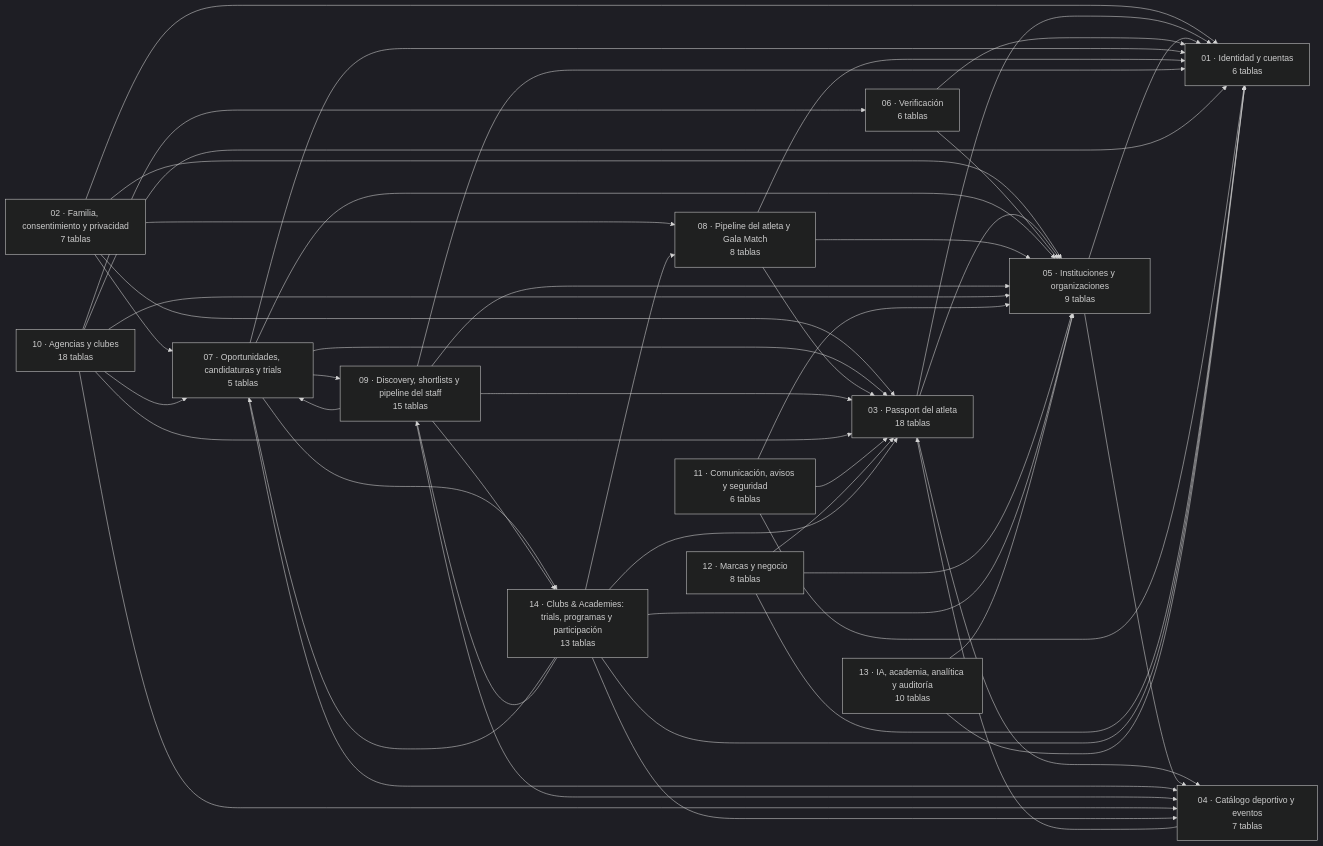
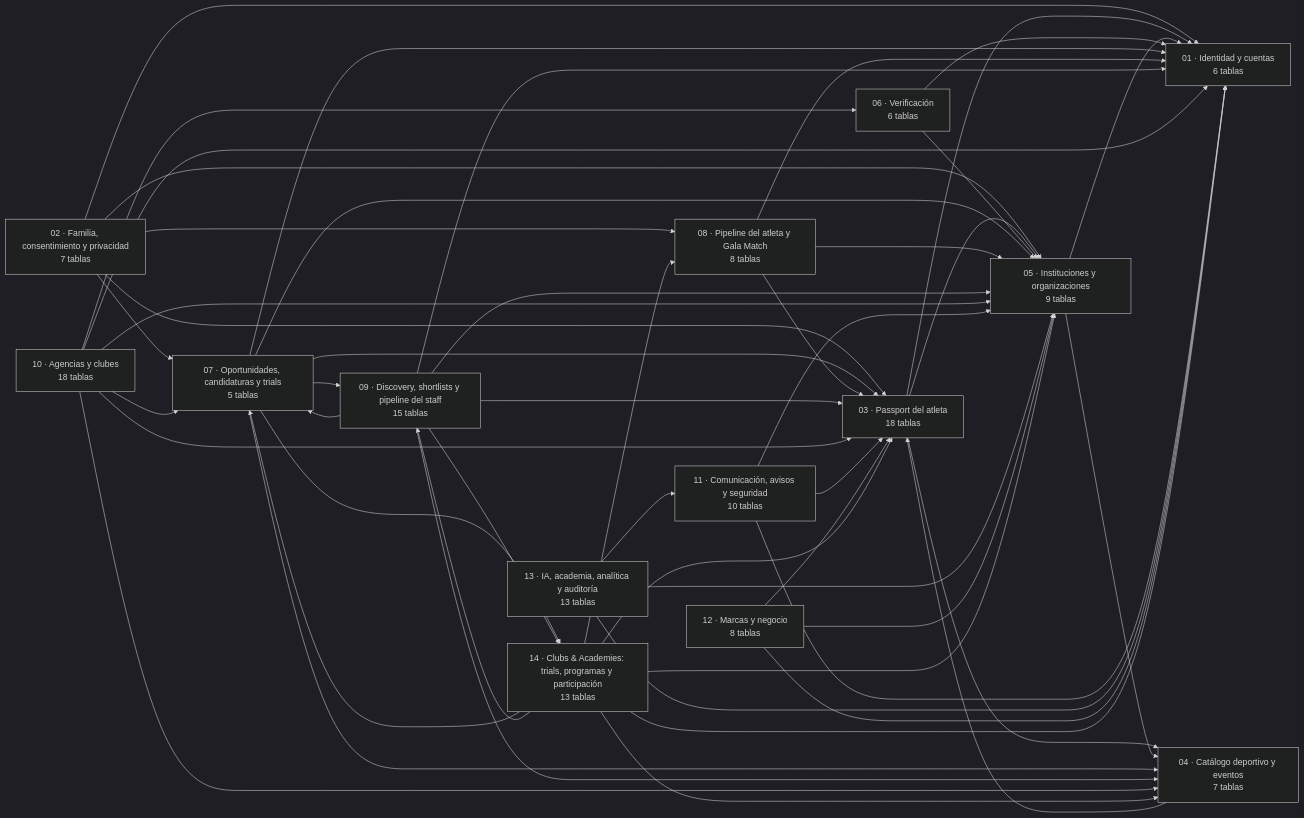
The first of 2 diagrams in docs/erd/00-MASTER.md (Galacamarena9/THE-GALA-ALLIANCE), drawn with Mermaid (dark theme) before and after one commit. The commit also changed other lines of this file and 15 other files, not shown here.

````diff
--- a/docs/erd/00-MASTER.md
+++ b/docs/erd/00-MASTER.md
@@ -13,66 +13,67 @@
 ```mermaid
 flowchart LR
   D01["01 · Identidad y cuentas<br>6 tablas"]
   D02["02 · Familia, consentimiento y privacidad<br>7 tablas"]
   D03["03 · Passport del atleta<br>18 tablas"]
   D04["04 · Catálogo deportivo y eventos<br>7 tablas"]
   D05["05 · Instituciones y organizaciones<br>9 tablas"]
   D06["06 · Verificación<br>6 tablas"]
   D07["07 · Oportunidades, candidaturas y trials<br>5 tablas"]
   D08["08 · Pipeline del atleta y Gala Match<br>8 tablas"]
   D09["09 · Discovery, shortlists y pipeline del staff<br>15 tablas"]
   D10["10 · Agencias y clubes<br>18 tablas"]
-  D11["11 · Comunicación, avisos y seguridad<br>6 tablas"]
+  D11["11 · Comunicación, avisos y seguridad<br>10 tablas"]
   D12["12 · Marcas y negocio<br>8 tablas"]
-  D13["13 · IA, academia, analítica y auditoría<br>10 tablas"]
+  D13["13 · IA, academia, analítica y auditoría<br>13 tablas"]
   D14["14 · Clubs & Academies: trials, programas y participación<br>13 tablas"]
   D02 --> D01
   D02 --> D03
   D02 --> D05
   D02 --> D07
   D02 --> D08
   D03 --> D01
   D03 --> D04
   D03 --> D05
   D04 --> D03
   D05 --> D01
   D05 --> D04
   D06 --> D01
   D06 --> D05
   D07 --> D01
   D07 --> D03
   D07 --> D04
   D07 --> D05
   D07 --> D09
   D07 --> D14
   D08 --> D01
   D08 --> D03
   D08 --> D05
   D09 --> D01
   D09 --> D03
   D09 --> D04
   D09 --> D05
   D09 --> D07
   D09 --> D14
   D10 --> D01
   D10 --> D03
   D10 --> D04
   D10 --> D05
   D10 --> D06
   D10 --> D07
   D11 --> D01
   D11 --> D03
   D11 --> D05
+  D13 --> D01
+  D13 --> D05
+  D13 --> D11
   D12 --> D01
   D12 --> D03
   D12 --> D05
   D14 --> D01
   D14 --> D03
   D14 --> D04
   D14 --> D05
   D14 --> D07
   D14 --> D08
   D14 --> D09
-  D13 --> D01
-  D13 --> D05
 ```
````
